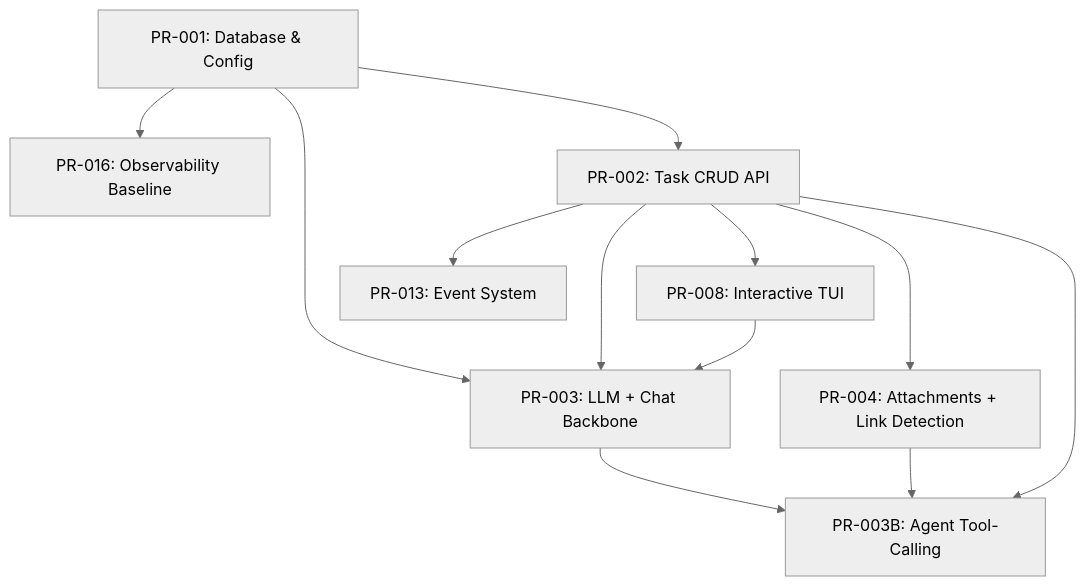
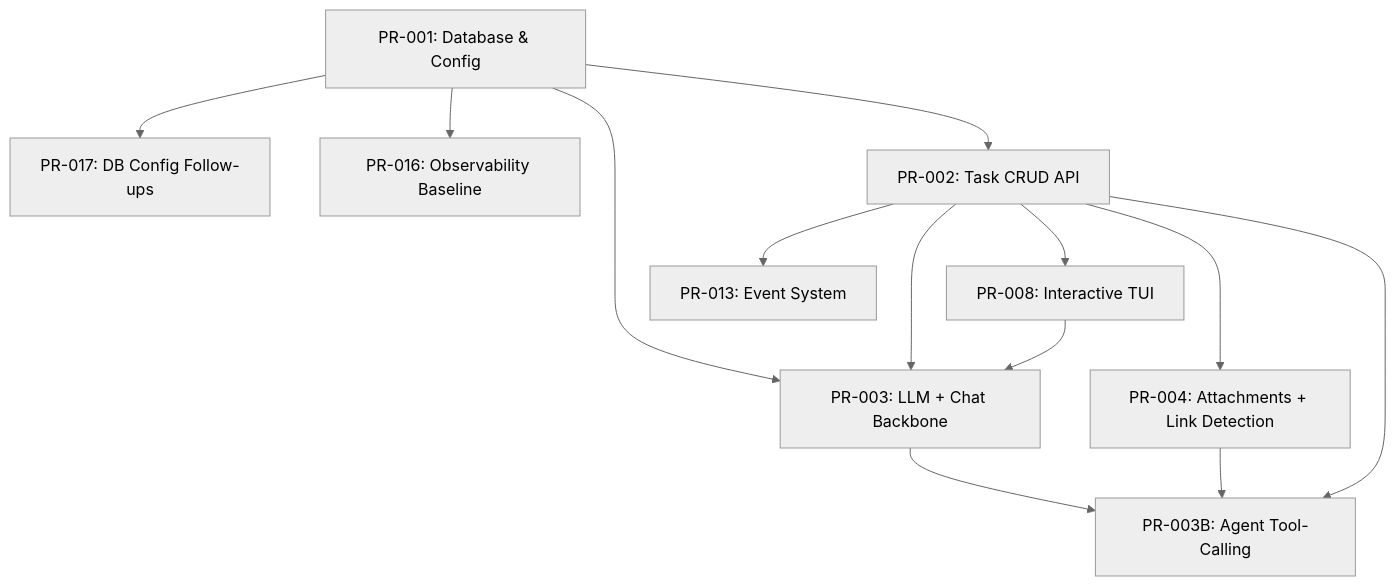
Before and after one commit to raychrisgdp/taskgenie: the second of 4 diagrams in docs/02-implementation/PR-PLANS.md, drawn with Mermaid (neutral theme). The commit also changed other lines of this file and 8 other files, not shown here.

First line of the commit message:
chore: update PR-PLANS and specifications for database configuration follow-ups

````diff
--- a/docs/02-implementation/PR-PLANS.md
+++ b/docs/02-implementation/PR-PLANS.md
@@ -127,23 +130,25 @@
 ```mermaid
 flowchart TD
   PR001["PR-001: Database & Config"]
+  PR017["PR-017: DB Config Follow-ups"]
   PR016["PR-016: Observability Baseline"]
   PR002["PR-002: Task CRUD API"]
   PR008["PR-008: Interactive TUI"]
   PR003["PR-003: LLM + Chat Backbone"]
   PR004["PR-004: Attachments + Link Detection"]
   PR013["PR-013: Event System"]
   PR003B["PR-003B: Agent Tool-Calling"]
 
+  PR001 --> PR017
   PR001 --> PR016
   PR001 --> PR002
   PR002 --> PR008
   PR001 --> PR003
   PR002 --> PR003
   PR008 --> PR003
   PR002 --> PR004
   PR002 --> PR013
   PR003 --> PR003B
   PR004 --> PR003B
   PR002 --> PR003B
 ```
````
